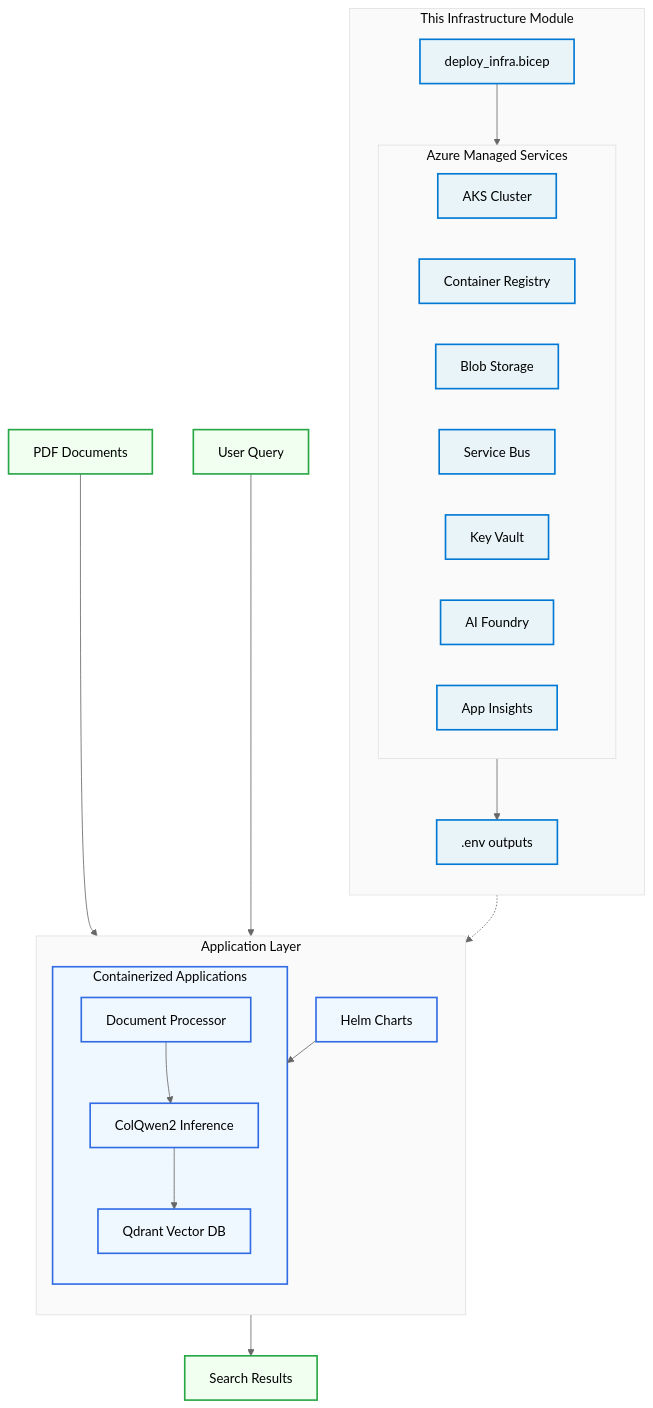
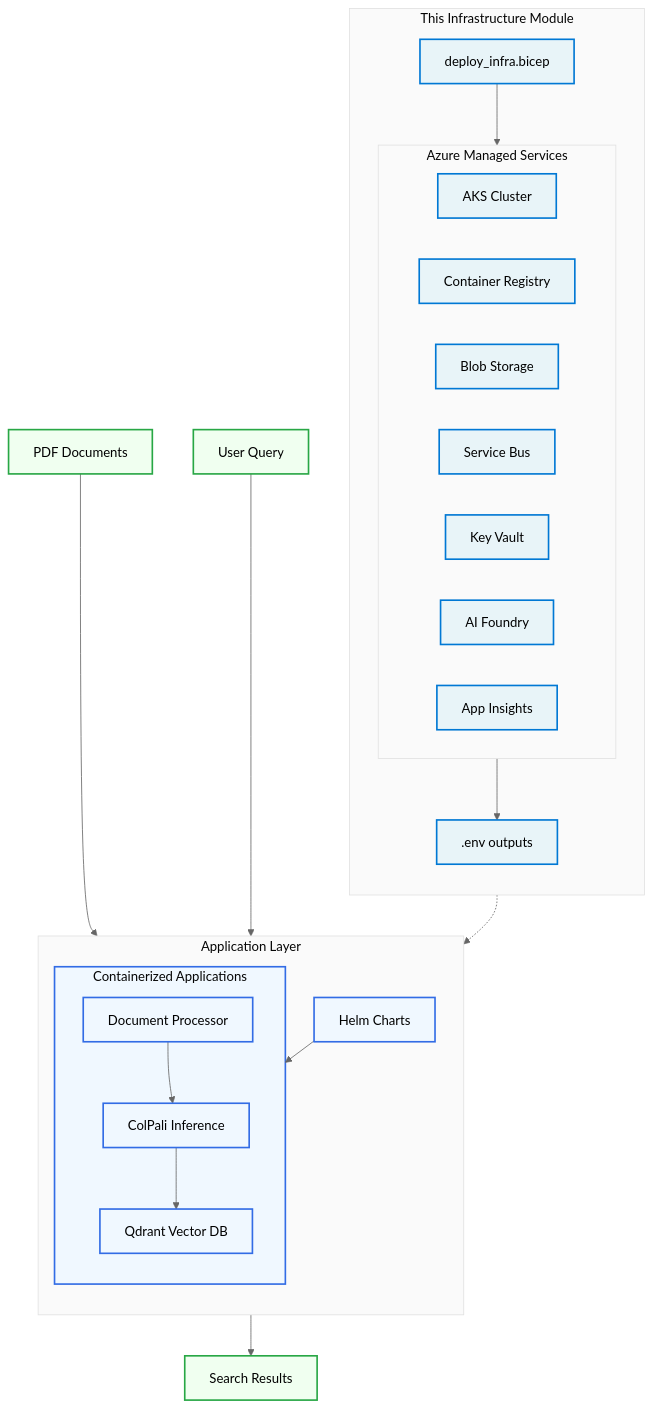
Before and after one commit to microsoft/multi-modal-rag-with-colpali: the diagram in modules/infra/README.md, drawn with Mermaid. The commit also changed other lines of this file and 100 other files, not shown here.

````diff
--- a/modules/infra/README.md
+++ b/modules/infra/README.md
@@ -11,62 +11,62 @@
 ```mermaid
 %%{init: {
   'theme': 'base',
   'themeVariables': {
     'primaryColor': '#f5f5f5',
     'primaryTextColor': '#000000',
     'primaryBorderColor': '#333333',
     'lineColor': '#666666',
     'secondaryColor': '#f8f8f8',
     'tertiaryColor': '#fafafa',
     'background': '#ffffff',
     'mainBkg': '#f5f5f5',
     'secondBkg': '#f8f8f8',
     'tertiaryBkg': '#fafafa'
   }
 }}%%
 flowchart TB
     subgraph INFRA_MODULE ["This Infrastructure Module"]
         direction TB
         DEPLOY[deploy_infra.bicep] --> AZURE[Azure Resources]
 
         subgraph AZURE["Azure Managed Services"]
             AKS[AKS Cluster]
             ACR[Container Registry]
             STORAGE[Blob Storage]
             SB[Service Bus]
             KV[Key Vault]
             AI[AI Foundry]
             MON[App Insights]
         end
 
         AZURE --> ENV[.env outputs]
     end
 
     subgraph APP_LAYER ["Application Layer"]
         direction TB
         ENV -.-> HELM[Helm Charts]
         HELM --> APPS[Kubernetes Apps]
 
         subgraph APPS["Containerized Applications"]
-            COLQWEN[ColQwen2 Inference]
+            COLPALI[ColPali Inference]
             DOCPROC[Document Processor]
             QDRANT[Qdrant Vector DB]
         end
     end
 
     %% End-to-End Flow (integrated, no separate box)
     DOCS[PDF Documents] --> DOCPROC
-    DOCPROC --> COLQWEN
-    COLQWEN --> QDRANT
+    DOCPROC --> COLPALI
+    COLPALI --> QDRANT
     QUERY[User Query] --> QDRANT
     QDRANT --> RESULTS[Search Results]
 
     %% Node Styling
     classDef azure fill:#e8f4f8,stroke:#0078d4,stroke-width:2px
     classDef k8s fill:#f0f8ff,stroke:#326ce5,stroke-width:2px
     classDef flow fill:#f0fff0,stroke:#28a745,stroke-width:2px
 
     class DEPLOY,AKS,ACR,STORAGE,SB,KV,AI,MON,ENV azure
-    class HELM,APPS,COLQWEN,DOCPROC,QDRANT k8s
+    class HELM,APPS,COLPALI,DOCPROC,QDRANT k8s
     class DOCS,QUERY,RESULTS flow
 ```
````
